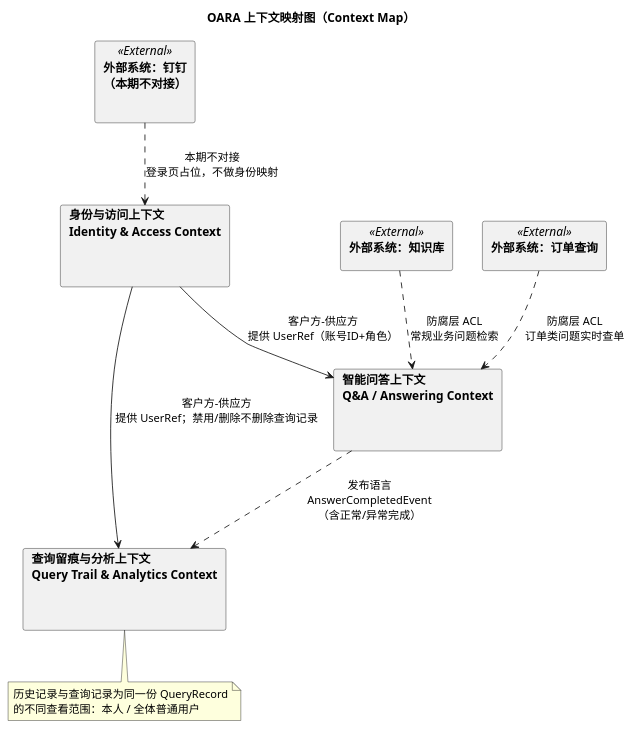
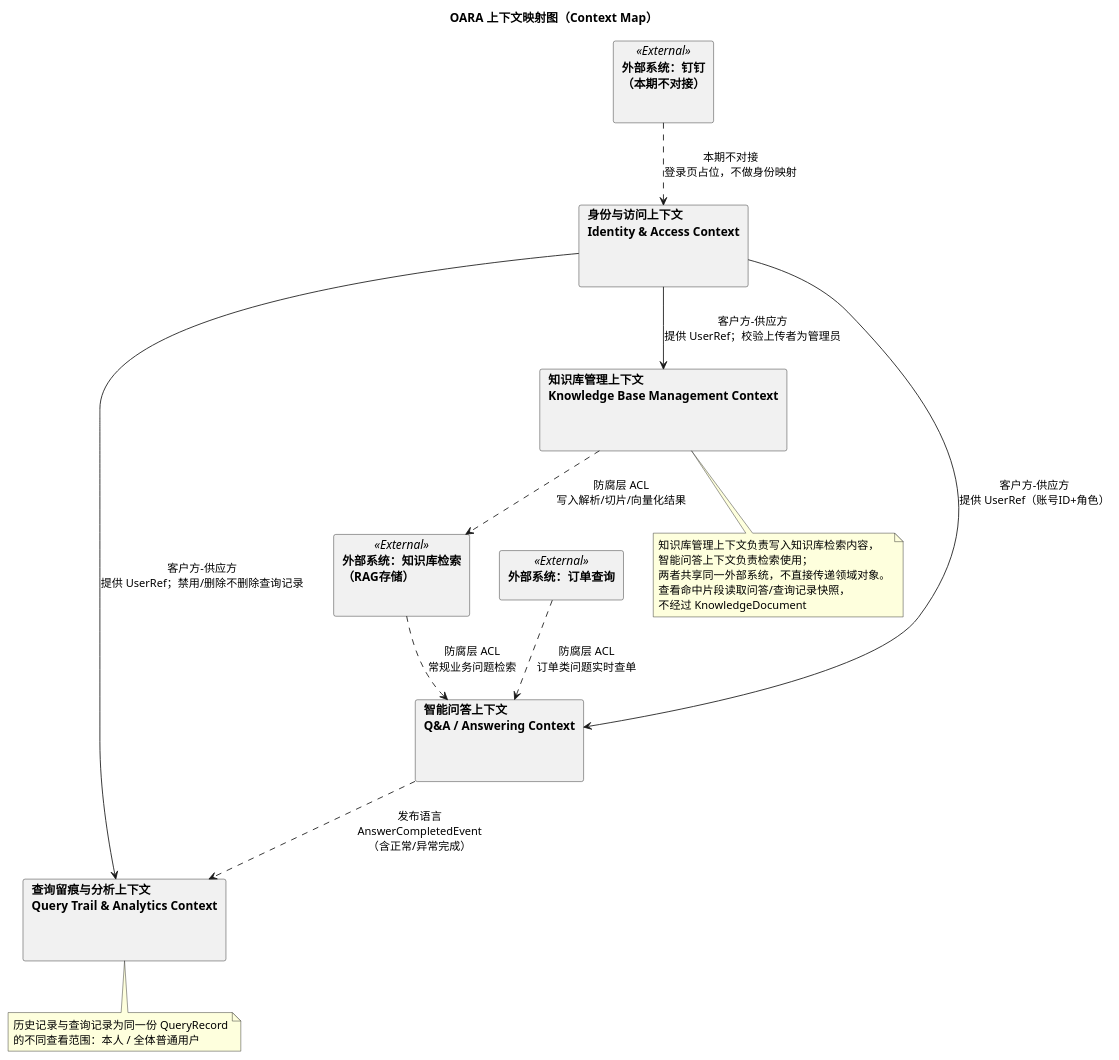
One commit to Wendy123wx/OMS-AI-RAG-Agent changed the first of 13 diagrams in docs/prd/02-领域模型.md. Above: the diagram before and after it, drawn with PlantUML. The commit also changed other lines of this file and 13 other files, not shown here.

````diff
--- a/docs/prd/02-领域模型.md
+++ b/docs/prd/02-领域模型.md
@@ -295,38 +362,51 @@
 ```plantuml
 @startuml OARA_ContextMap
 title OARA 上下文映射图（Context Map）
 
 skinparam packageStyle rectangle
 
 package "外部系统：钉钉\n（本期不对接）" as DingTalk <<External>> {
 }
 
-package "外部系统：知识库" as KB <<External>> {
+package "外部系统：知识库检索\n（RAG存储）" as KB <<External>> {
 }
 
 package "外部系统：订单查询" as OMS <<External>> {
 }
 
 package "身份与访问上下文\nIdentity & Access Context" as IAM {
 }
 
 package "智能问答上下文\nQ&A / Answering Context" as QA {
 }
 
 package "查询留痕与分析上下文\nQuery Trail & Analytics Context" as QTA {
 }
 
+package "知识库管理上下文\nKnowledge Base Management Context" as KBM {
+}
+
 DingTalk ..> IAM : 本期不对接\n登录页占位，不做身份映射
 KB ..> QA : 防腐层 ACL\n常规业务问题检索
+KBM ..> KB : 防腐层 ACL\n写入解析/切片/向量化结果
 OMS ..> QA : 防腐层 ACL\n订单类问题实时查单
 IAM --> QA : 客户方-供应方\n提供 UserRef（账号ID+角色）
 IAM --> QTA : 客户方-供应方\n提供 UserRef；禁用/删除不删除查询记录
+IAM --> KBM : 客户方-供应方\n提供 UserRef；校验上传者为管理员
 QA ..> QTA : 发布语言\nAnswerCompletedEvent\n（含正常/异常完成）
 
 note bottom of QTA
   历史记录与查询记录为同一份 QueryRecord
   的不同查看范围：本人 / 全体普通用户
 end note
 
+note bottom of KBM
+  知识库管理上下文负责写入知识库检索内容，
+  智能问答上下文负责检索使用；
+  两者共享同一外部系统，不直接传递领域对象。
+  查看命中片段读取问答/查询记录快照，
+  不经过 KnowledgeDocument
+end note
+
 @enduml
 ```
````
